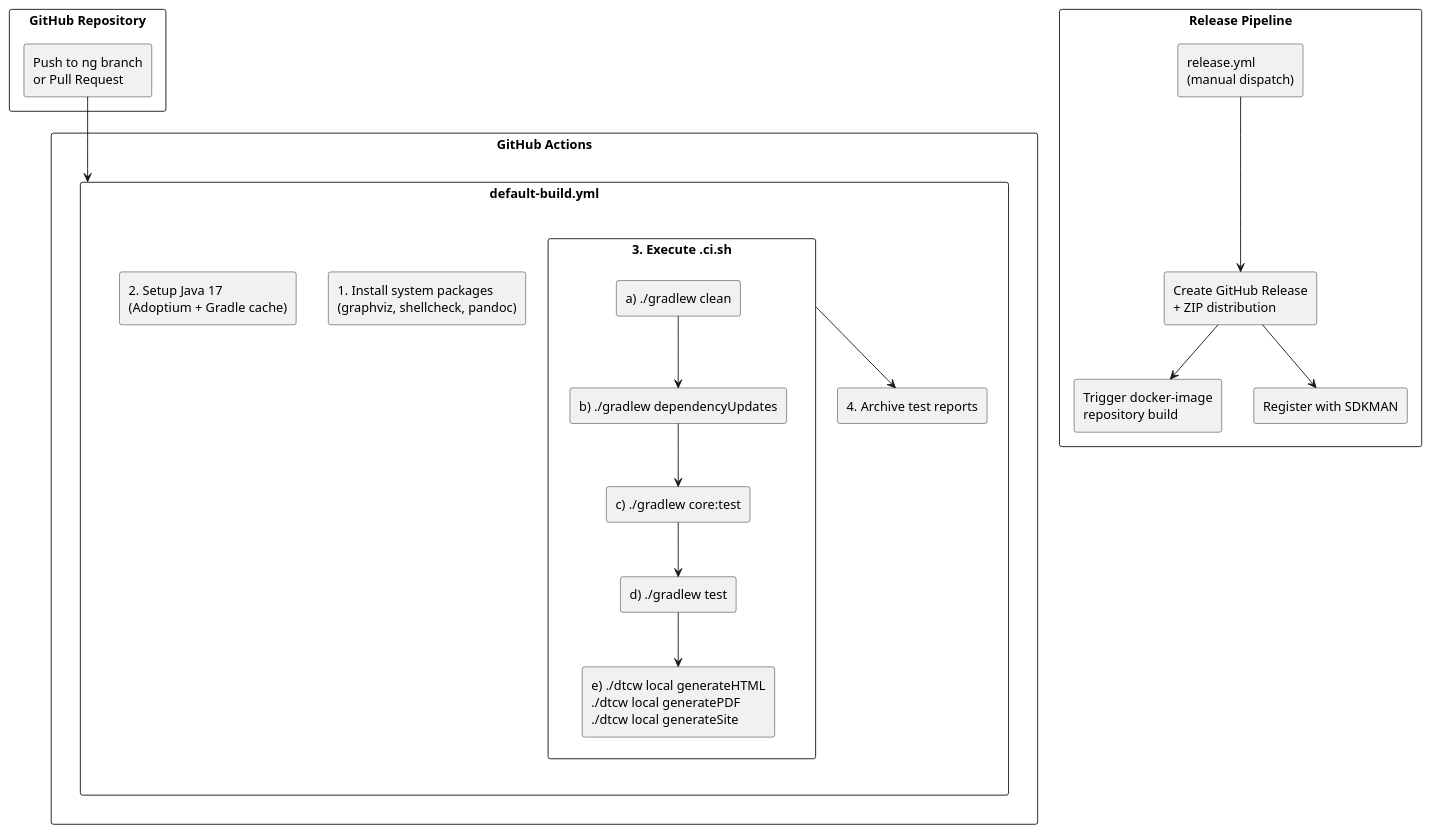
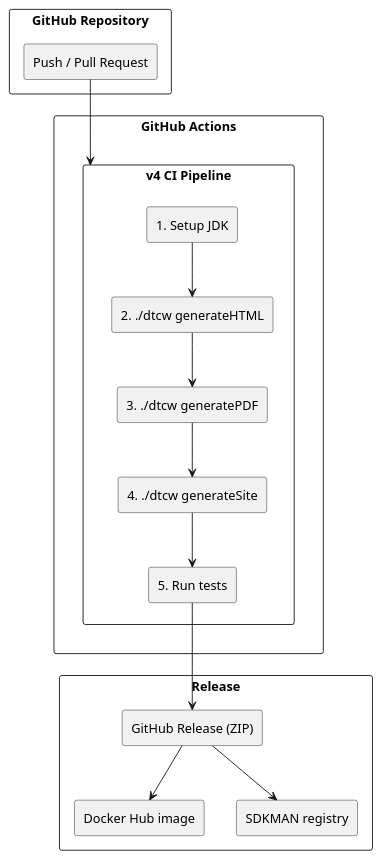
One commit to raifdmueller/docToolchain changed the second of 2 diagrams in src/docs/arc42/chapters/07_deployment_view.adoc. Above: the diagram before and after it, drawn with PlantUML. The commit also changed other lines of this file and 31 other files, not shown here.

First line of the commit message:
docs: v4 architecture — PRD, specification, ADRs, quality scenarios

```diff
--- a/src/docs/arc42/chapters/07_deployment_view.adoc
+++ b/src/docs/arc42/chapters/07_deployment_view.adoc
@@ -115,41 +89,34 @@
-[plantuml,deployment-cicd,png]
+[plantuml,deployment-cicd-v4,png]
 ----
 @startuml
 rectangle "GitHub Repository" as repo {
-    rectangle "Push to ng branch\nor Pull Request" as trigger
+    rectangle "Push / Pull Request" as trigger
 }
 
 rectangle "GitHub Actions" as gha {
-    rectangle "default-build.yml" as build {
-        rectangle "1. Install system packages\n(graphviz, shellcheck, pandoc)" as step1
-        rectangle "2. Setup Java 17\n(Adoptium + Gradle cache)" as step2
-        rectangle "3. Execute .ci.sh" as step3 {
-            rectangle "a) ./gradlew clean" as ci1
-            rectangle "b) ./gradlew dependencyUpdates" as ci2
-            rectangle "c) ./gradlew core:test" as ci3
-            rectangle "d) ./gradlew test" as ci4
-            rectangle "e) ./dtcw local generateHTML\n./dtcw local generatePDF\n./dtcw local generateSite" as ci5
-        }
-        rectangle "4. Archive test reports" as step4
+    rectangle "v4 CI Pipeline" as build {
+        rectangle "1. Setup JDK" as step1
+        rectangle "2. ./dtcw generateHTML" as step2
+        rectangle "3. ./dtcw generatePDF" as step3
+        rectangle "4. ./dtcw generateSite" as step4
+        rectangle "5. Run tests" as step5
     }
 }
 
-rectangle "Release Pipeline" as release {
-    rectangle "release.yml\n(manual dispatch)" as rel
-    rectangle "Create GitHub Release\n+ ZIP distribution" as relGh
-    rectangle "Trigger docker-image\nrepository build" as relDocker
-    rectangle "Register with SDKMAN" as relSdk
+rectangle "Release" as release {
+    rectangle "GitHub Release (ZIP)" as relGh
+    rectangle "Docker Hub image" as relDocker
+    rectangle "SDKMAN registry" as relSdk
 }
 
 trigger --> build
-ci1 --> ci2
-ci2 --> ci3
-ci3 --> ci4
-ci4 --> ci5
+step1 --> step2
+step2 --> step3
 step3 --> step4
+step4 --> step5
 
-rel --> relGh
+step5 --> relGh
 relGh --> relDocker
 relGh --> relSdk
 @enduml
 ----
```
